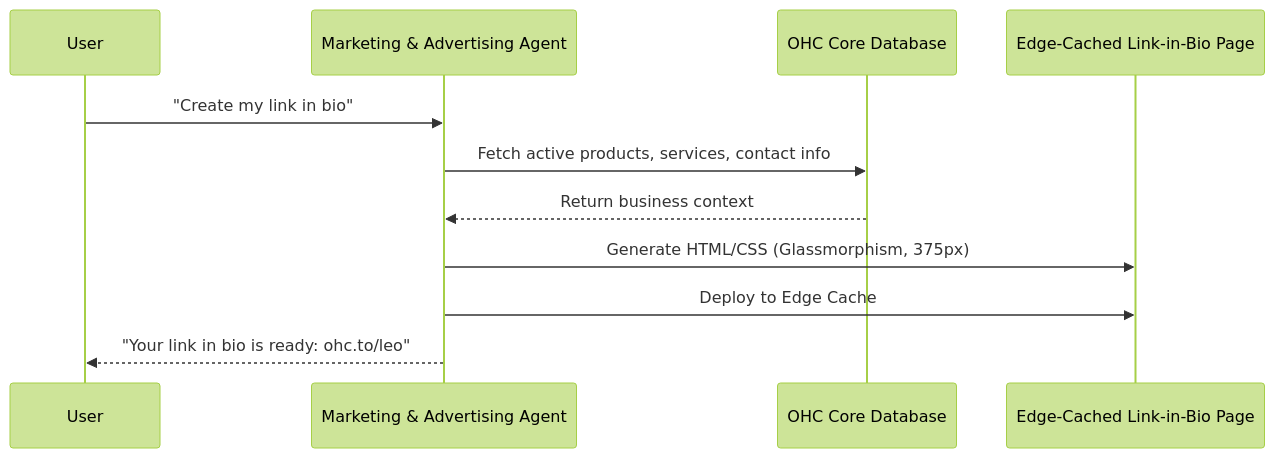
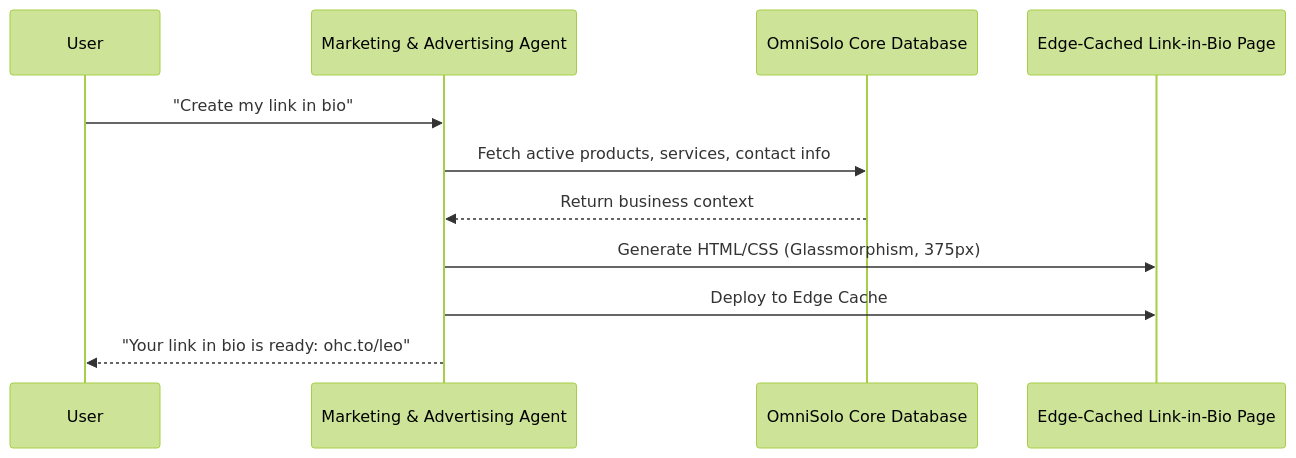
Before and after one commit to omnisolo-llc/onehumancorp: the diagram in docs/research/[marketing]_autonomous_link_in_bio_generator.md, drawn with Mermaid (forest theme). The commit also changed other lines of this file and 2191 other files, not shown here.

Commit message:
feat: complete OmniSolo rename and browser audit

````diff
--- a/docs/research/[marketing]_autonomous_link_in_bio_generator.md
+++ b/docs/research/[marketing]_autonomous_link_in_bio_generator.md
@@ -19,14 +19,14 @@
 ```mermaid
 sequenceDiagram
     participant User
     participant MarketingAgent as Marketing & Advertising Agent
-    participant CoreDB as OHC Core Database
+    participant CoreDB as OmniSolo Core Database
     participant LinkInBio as Edge-Cached Link-in-Bio Page
 
     User->>MarketingAgent: "Create my link in bio"
     MarketingAgent->>CoreDB: Fetch active products, services, contact info
     CoreDB-->>MarketingAgent: Return business context
     MarketingAgent->>LinkInBio: Generate HTML/CSS (Glassmorphism, 375px)
     MarketingAgent->>LinkInBio: Deploy to Edge Cache
     MarketingAgent-->>User: "Your link in bio is ready: ohc.to/leo"
 ```
````
